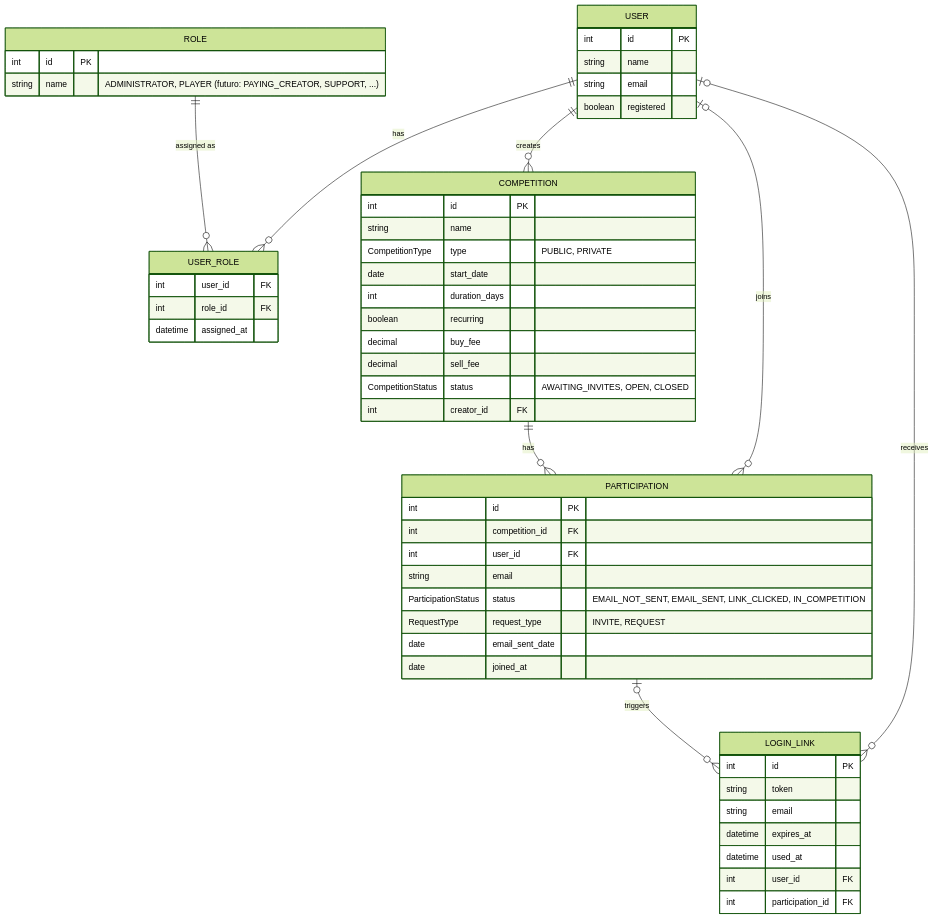
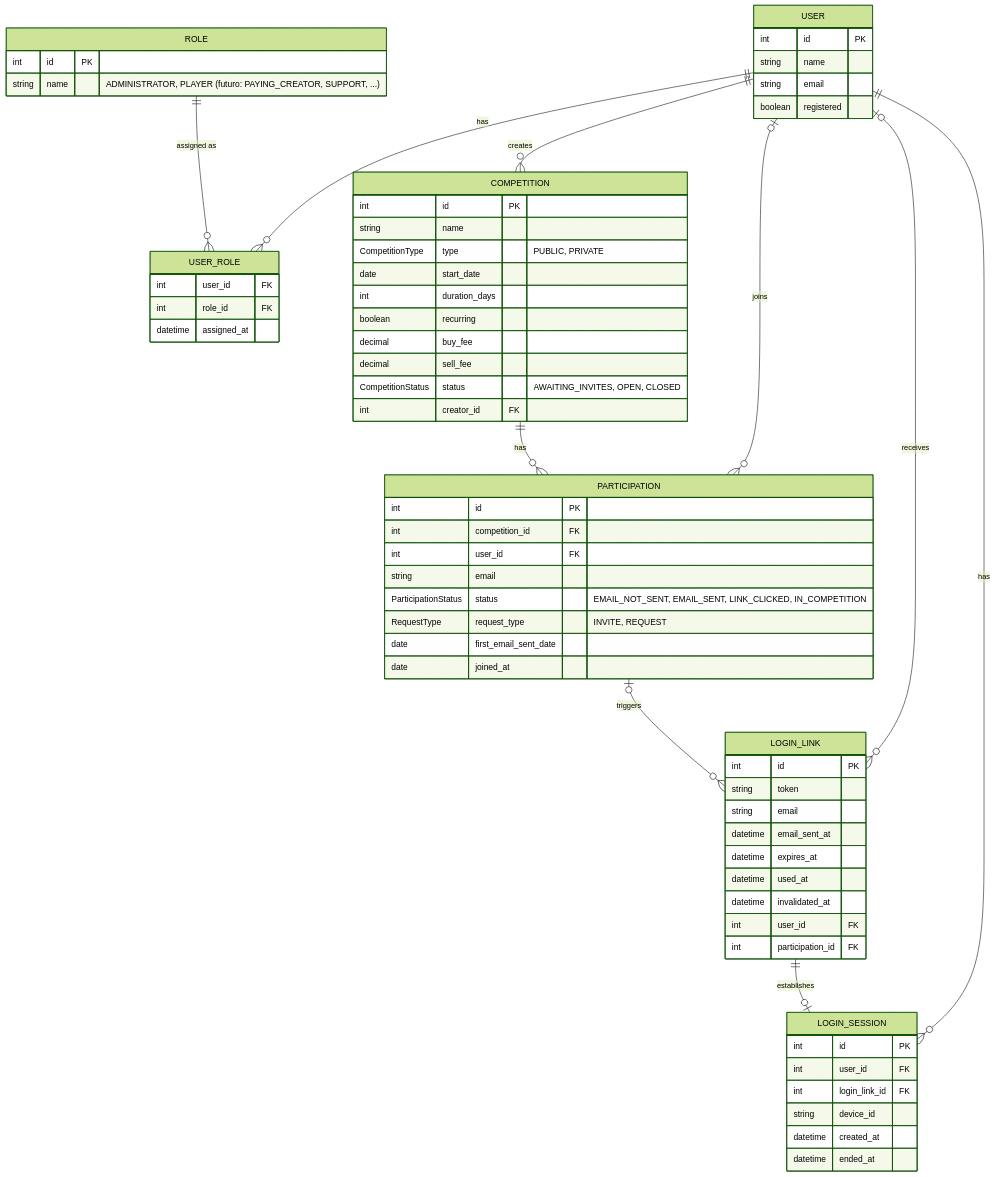
One commit to lalgarve/jogo-acoes changed the diagram in docs/diagrams/der.md. Above: the diagram before and after it, drawn with Mermaid (forest theme). The commit also changed other lines of this file and 3 other files, not shown here.

````diff
--- a/docs/diagrams/der.md
+++ b/docs/diagrams/der.md
@@ -6,57 +6,69 @@
 ```mermaid
 erDiagram
     USER {
         int id PK
         string name
         string email
         boolean registered
     }
     ROLE {
         int id PK
         string name "ADMINISTRATOR, PLAYER (futuro: PAYING_CREATOR, SUPPORT, ...)"
     }
     USER_ROLE {
         int user_id FK
         int role_id FK
         datetime assigned_at
     }
     COMPETITION {
         int id PK
         string name
         CompetitionType type "PUBLIC, PRIVATE"
         date start_date
         int duration_days
         boolean recurring
         decimal buy_fee
         decimal sell_fee
         CompetitionStatus status "AWAITING_INVITES, OPEN, CLOSED"
         int creator_id FK
     }
     PARTICIPATION {
         int id PK
         int competition_id FK
         int user_id FK
         string email
         ParticipationStatus status "EMAIL_NOT_SENT, EMAIL_SENT, LINK_CLICKED, IN_COMPETITION"
         RequestType request_type "INVITE, REQUEST"
-        date email_sent_date
+        date first_email_sent_date
         date joined_at
     }
     LOGIN_LINK {
         int id PK
         string token
         string email
+        datetime email_sent_at
         datetime expires_at
         datetime used_at
+        datetime invalidated_at
         int user_id FK
         int participation_id FK
+    }
+    LOGIN_SESSION {
+        int id PK
+        int user_id FK
+        int login_link_id FK
+        string device_id
+        datetime created_at
+        datetime ended_at
     }
 
     USER          ||--o{ USER_ROLE      : has
     ROLE          ||--o{ USER_ROLE      : "assigned as"
     USER          ||--o{ COMPETITION    : creates
     COMPETITION   ||--o{ PARTICIPATION  : has
     USER          |o--o{ PARTICIPATION  : joins
     USER          |o--o{ LOGIN_LINK     : receives
     PARTICIPATION |o--o{ LOGIN_LINK     : triggers
+    USER          ||--o{ LOGIN_SESSION  : has
+    LOGIN_LINK    ||--o| LOGIN_SESSION  : establishes
 ```
````
